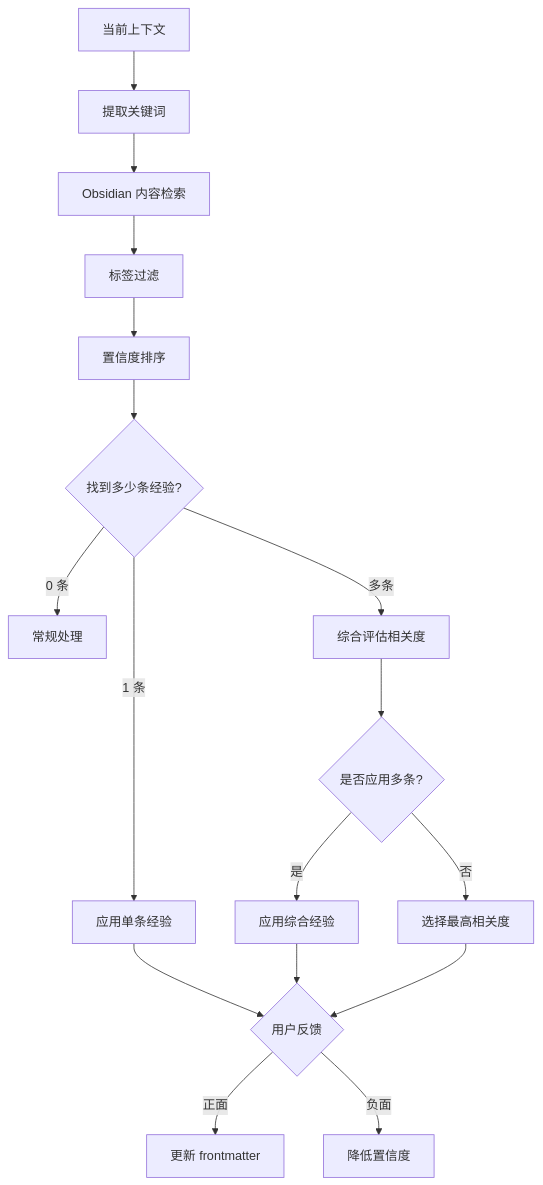
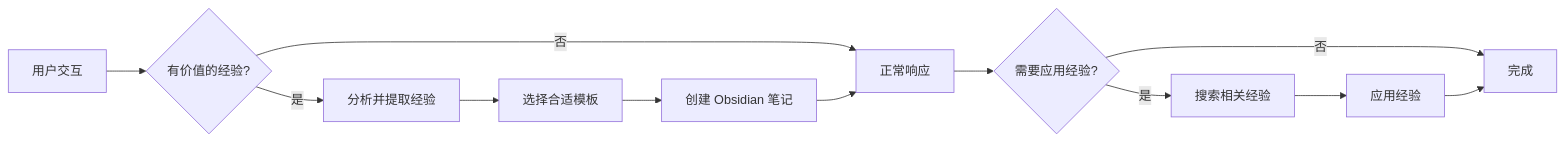
Before and after one commit to lihaizhong/niuma: the diagram in .iflow/skills/openexp/SKILL.md, drawn with Mermaid. The commit also changed other lines of this file and 10 other files, not shown here.

````diff
--- a/.iflow/skills/openexp/SKILL.md
+++ b/.iflow/skills/openexp/SKILL.md
@@ -222,19 +89,15 @@
 ```mermaid
-flowchart TD
-    A[当前上下文] --> B[提取关键词]
-    B --> C[Obsidian 内容检索]
-    C --> D[标签过滤]
-    D --> E[置信度排序]
-    E --> F{找到多少条经验?}
-    F -->|0 条| G[常规处理]
-    F -->|1 条| H[应用单条经验]
-    F -->|多条| I[综合评估相关度]
-    I --> J{是否应用多条?}
-    J -->|是| K[应用综合经验]
-    J -->|否| L[选择最高相关度]
-    H --> M{用户反馈}
-    K --> M
-    L --> M
-    M -->|正面| N[更新 frontmatter]
-    M -->|负面| O[降低置信度]
+flowchart LR
+    A[用户交互] --> B{有价值的经验?}
+    B -->|是| C[分析并提取经验]
+    B -->|否| D[正常响应]
+    C --> E[选择合适模板]
+    E --> F[创建 Obsidian 笔记]
+    F --> D
+
+    D --> G{需要应用经验?}
+    G -->|是| H[搜索相关经验]
+    H --> I[应用经验]
+    G -->|否| J[完成]
+    I --> J
 ```
````
